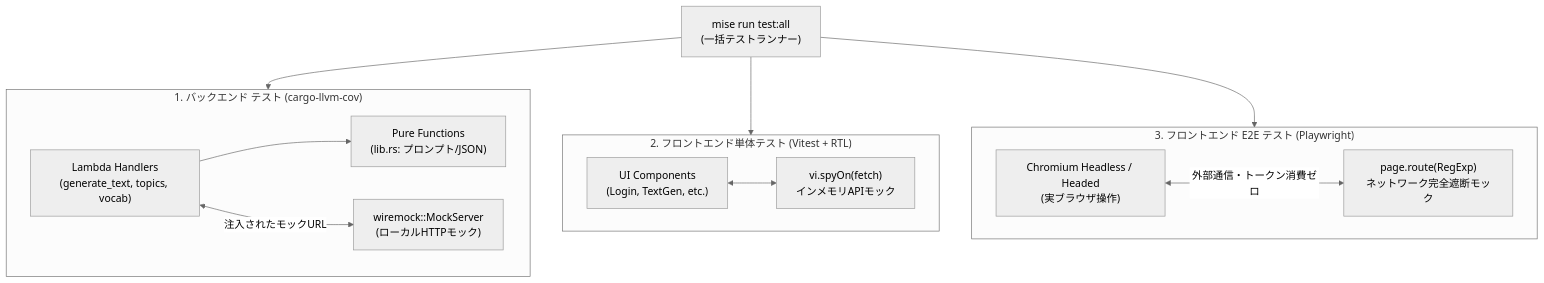
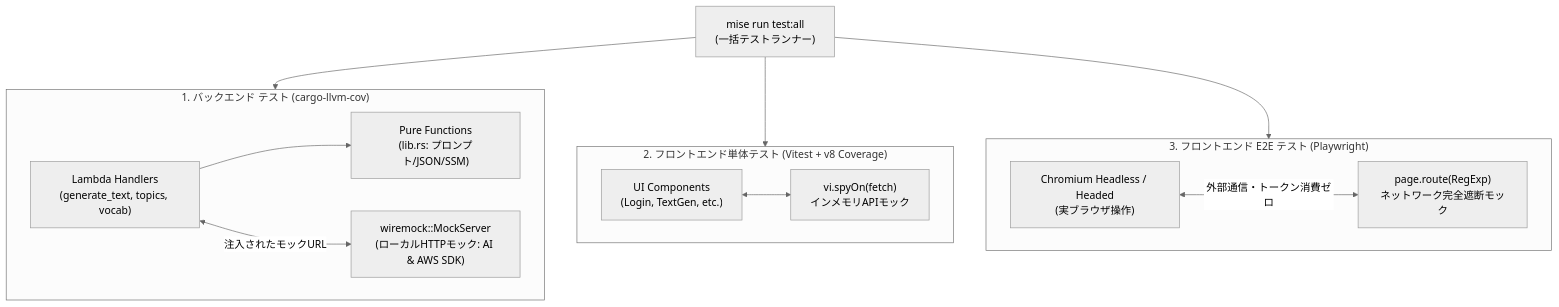
The second of 2 diagrams in docs/architecture.md (moden3/ai-english-learner), drawn with Mermaid (neutral theme) before and after one commit. The commit also changed other lines of this file and 21 other files, not shown here.

Commit message:
feat: add deployment workflow, CI AWS secrets, and frontend test coverage

````diff
--- a/docs/architecture.md
+++ b/docs/architecture.md
@@ -80,29 +80,29 @@
 ```mermaid
 graph TD
     Mise["mise run test:all<br/>(一括テストランナー)"]
 
     subgraph BackendTest ["1. バックエンド テスト (cargo-llvm-cov)"]
         Handlers["Lambda Handlers<br/>(generate_text, topics, vocab)"]
-        PureFuncs["Pure Functions<br/>(lib.rs: プロンプト/JSON)"]
-        WireMock["wiremock::MockServer<br/>(ローカルHTTPモック)"]
+        PureFuncs["Pure Functions<br/>(lib.rs: プロンプト/JSON/SSM)"]
+        WireMock["wiremock::MockServer<br/>(ローカルHTTPモック: AI & AWS SDK)"]
 
         Handlers --> PureFuncs
         Handlers <-->|注入されたモックURL| WireMock
     end
 
-    subgraph FrontendTest ["2. フロントエンド単体テスト (Vitest + RTL)"]
+    subgraph FrontendTest ["2. フロントエンド単体テスト (Vitest + v8 Coverage)"]
         Components["UI Components<br/>(Login, TextGen, etc.)"]
         MockFetch["vi.spyOn(fetch)<br/>インメモリAPIモック"]
         Components <--> MockFetch
     end
 
     subgraph E2ETest ["3. フロントエンド E2E テスト (Playwright)"]
         Browser["Chromium Headless / Headed<br/>(実ブラウザ操作)"]
         RouteIntercept["page.route(RegExp)<br/>ネットワーク完全遮断モック"]
         Browser <-->|外部通信・トークン消費ゼロ| RouteIntercept
     end
 
     Mise --> BackendTest
     Mise --> FrontendTest
     Mise --> E2ETest
 ```
````
